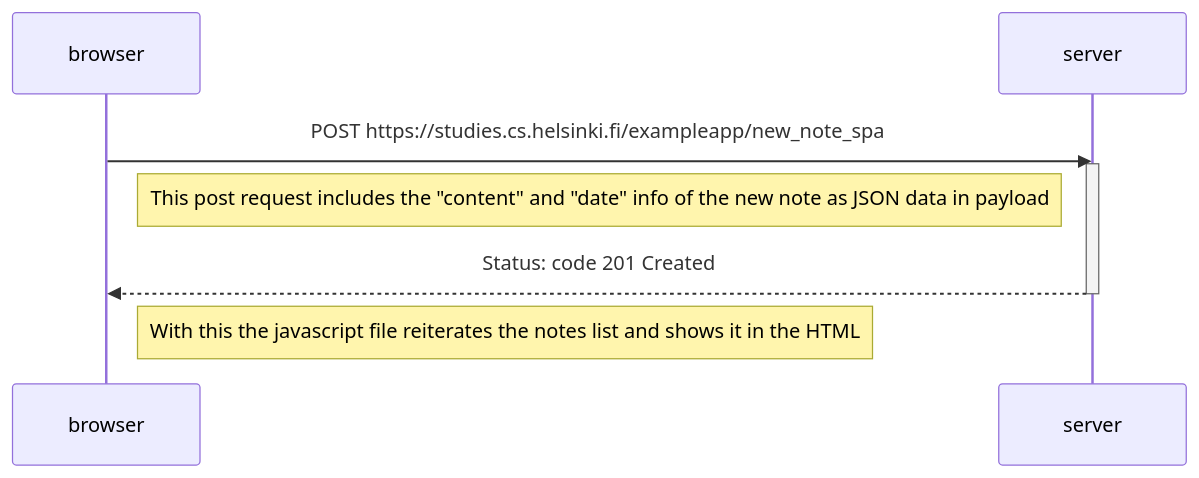
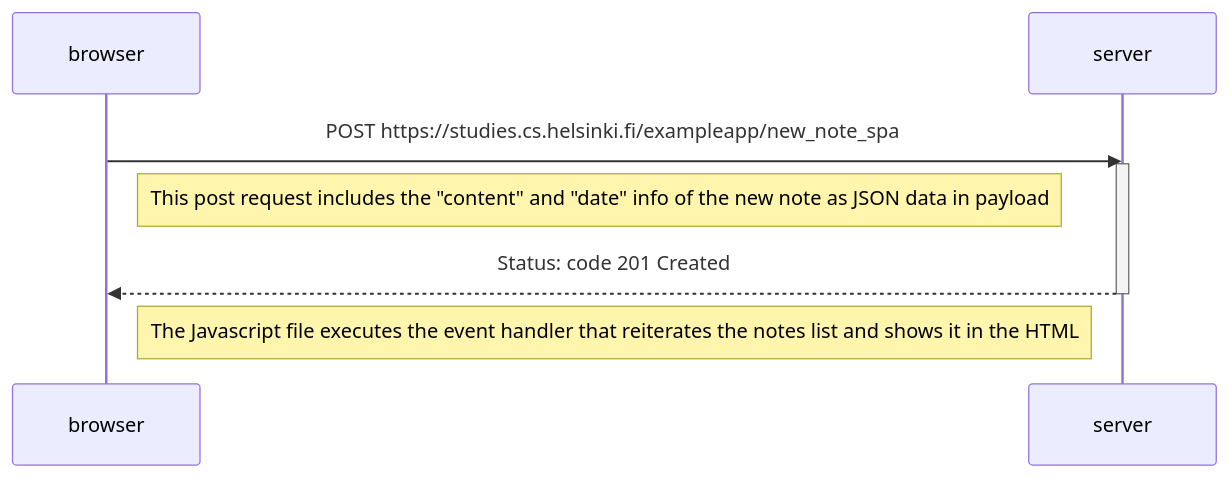
One commit to FedericoSavastano/fullstackOpenExercises changed the diagram in part0/0_6_New_note_in_Single_page_app_diagram.md. Above: the diagram before and after it, drawn with Mermaid. The commit also changed 2 other files, not shown here.

Commit message:
exercise 06

````diff
--- a/part0/0_6_New_note_in_Single_page_app_diagram.md
+++ b/part0/0_6_New_note_in_Single_page_app_diagram.md
@@ -3,15 +3,15 @@
 ```mermaid
 sequenceDiagram
     participant browser
     participant server
 
     browser->>server: POST https://studies.cs.helsinki.fi/exampleapp/new_note_spa
     activate server
     Note right of browser: This post request includes the "content" and "date" info of the new note as JSON data in payload
 
     server-->>browser: Status: code 201 Created
     deactivate server
 
 
-    Note right of browser: With this the javascript file reiterates the notes list and shows it in the HTML
+    Note right of browser: The Javascript file executes the event handler that reiterates the notes list and shows it in the HTML
 ```
````
